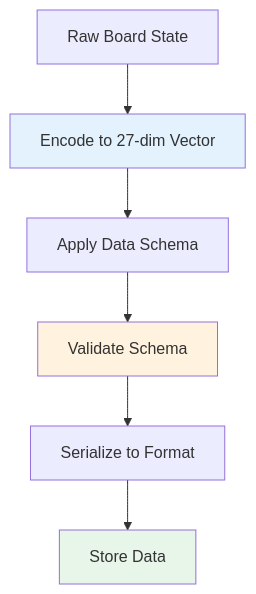
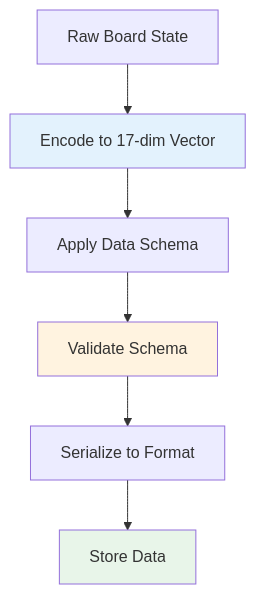
The second of 4 diagrams in plans/06-Data/02-Format/01-data-schema.md (Evintkoo/2048-ml), drawn with Mermaid before and after one commit. The commit also changed other lines of this file and 198 other files, not shown here.

````diff
--- a/plans/06-Data/02-Format/01-data-schema.md
+++ b/plans/06-Data/02-Format/01-data-schema.md
@@ -114,13 +75,13 @@
 ```mermaid
 flowchart TD
     Raw[Raw Board State]
-    Raw --> Encode[Encode to 27-dim Vector]
+    Raw --> Encode[Encode to 17-dim Vector]
     Encode --> Schema[Apply Data Schema]
     Schema --> Validate[Validate Schema]
     Validate --> Serialize[Serialize to Format]
     Serialize --> Store[Store Data]
     
     style Encode fill:#e3f2fd
     style Validate fill:#fff3e0
     style Store fill:#e8f5e9
 ```
````
